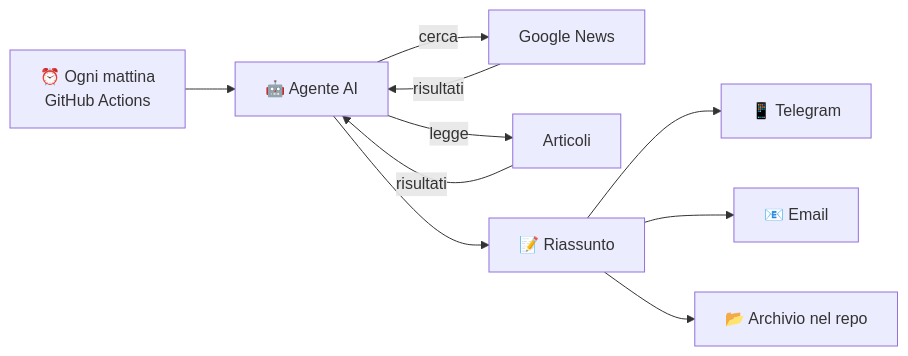
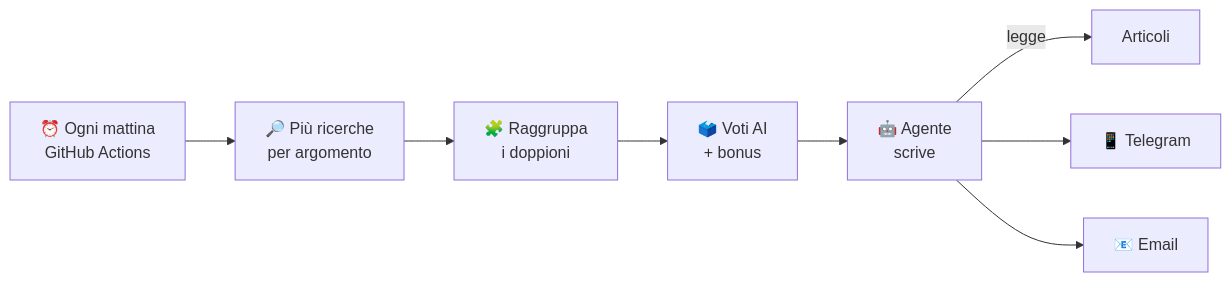
One commit to juanasofiacruzcontento-svg/news-digest-agent changed the diagram in README.md. Above: the diagram before and after it, drawn with Mermaid. The commit also changed other lines of this file and 12 other files, not shown here.

First line of the commit message:
Selezione delle notizie a punteggio e niente più archivio Markdown

````diff
--- a/README.md
+++ b/README.md
@@ -15,11 +15,10 @@
 ```mermaid
 flowchart LR
-    A[⏰ Ogni mattina<br>GitHub Actions] --> B[🤖 Agente AI]
-    B -->|cerca| C[Google News]
-    B -->|legge| D[Articoli]
-    C & D -->|risultati| B
-    B --> E[📝 Riassunto]
-    E --> F[📱 Telegram]
-    E --> G[📧 Email]
-    E --> H[📂 Archivio nel repo]
+    A[⏰ Ogni mattina<br>GitHub Actions] --> B[🔎 Più ricerche<br>per argomento]
+    B --> C[🧩 Raggruppa<br>i doppioni]
+    C --> D[🗳️ Voti AI<br>+ bonus]
+    D --> E[🤖 Agente<br>scrive]
+    E -->|legge| F[Articoli]
+    E --> G[📱 Telegram]
+    E --> H[📧 Email]
 ```
````
